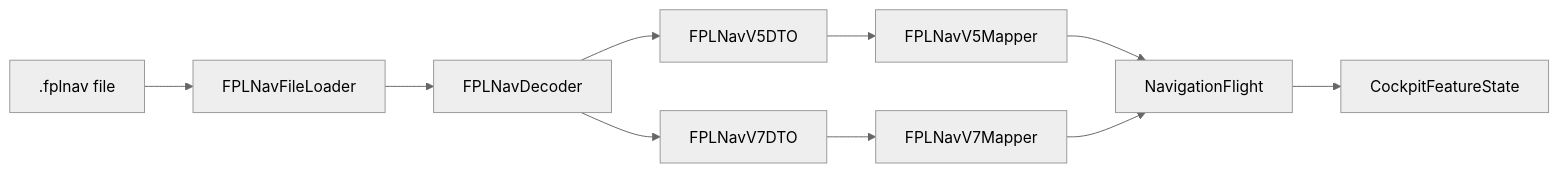
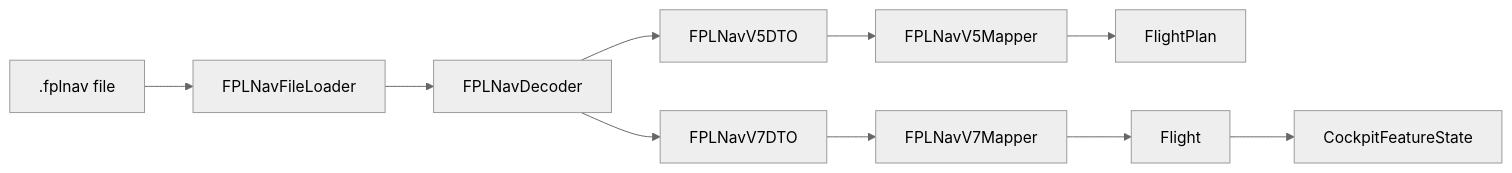
One commit to johnbenz13/NavigationFlight changed the second of 3 diagrams in docs/architecture.md. Above: the diagram before and after it, drawn with Mermaid (neutral theme). The commit also changed other lines of this file and 20 other files, not shown here.

Commit message:
Migrate Flight Plan and Flight terminology

````diff
--- a/docs/architecture.md
+++ b/docs/architecture.md
@@ -146,12 +146,12 @@
 ```mermaid
 flowchart LR
     File[.fplnav file] --> Loader[FPLNavFileLoader]
     Loader --> Decoder[FPLNavDecoder]
     Decoder --> V5DTO[FPLNavV5DTO]
     Decoder --> V7DTO[FPLNavV7DTO]
     V5DTO --> V5Mapper[FPLNavV5Mapper]
     V7DTO --> V7Mapper[FPLNavV7Mapper]
-    V5Mapper --> Flight[NavigationFlight]
+    V5Mapper --> FlightPlan[FlightPlan]
     V7Mapper --> Flight
     Flight --> FeatureState[CockpitFeatureState]
 ```
````
